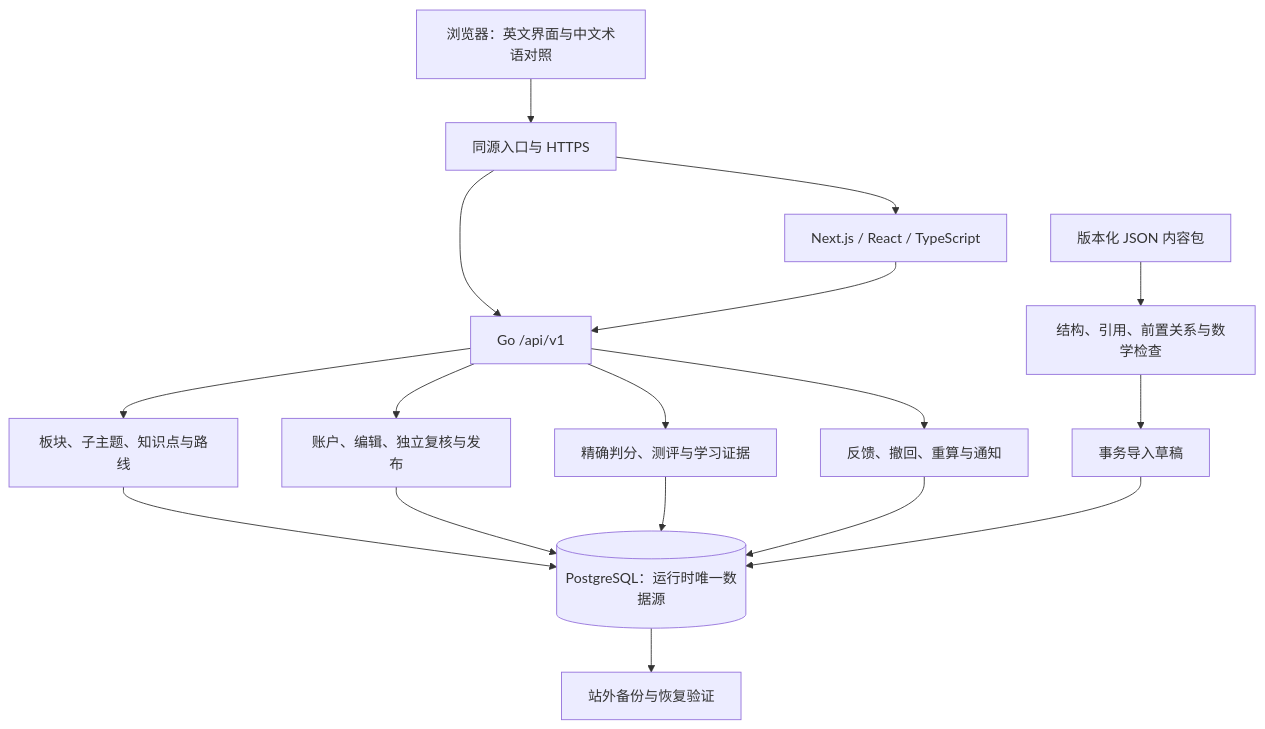
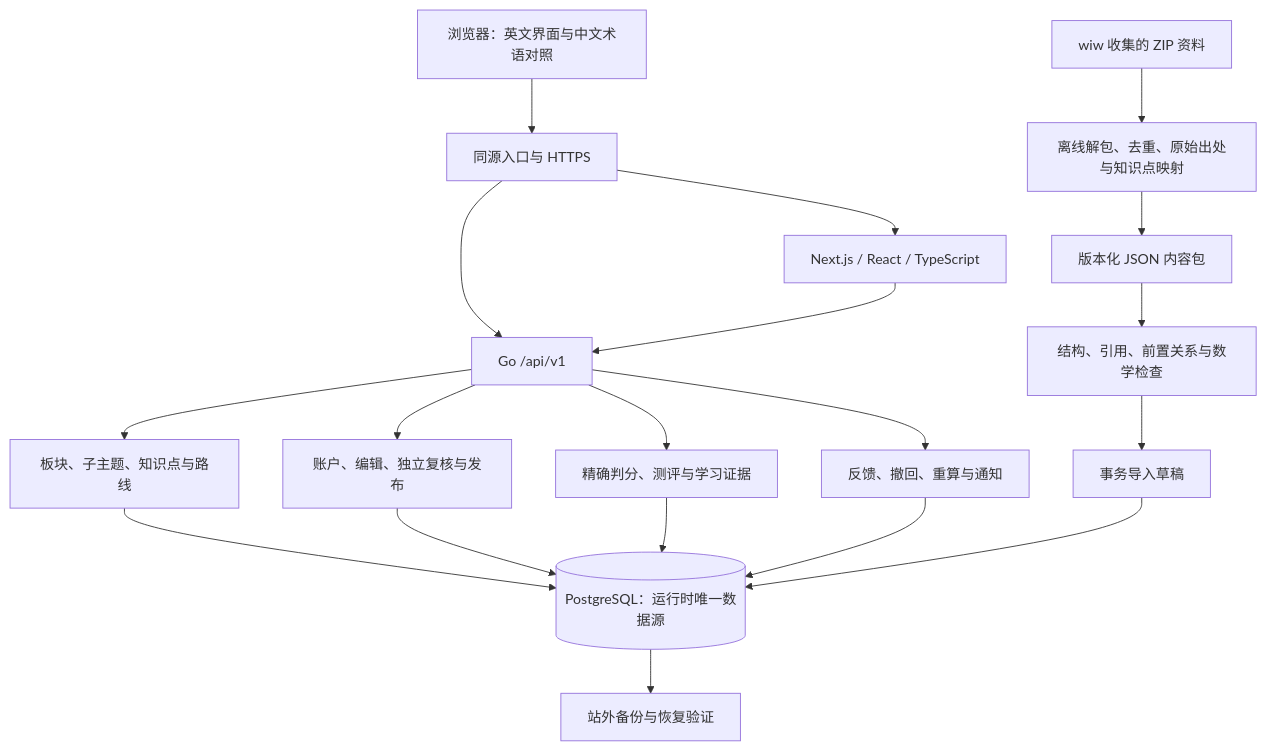
The diagram in docs/superpowers/plans/2026-09-30-development-roadmap.md (yyl1212/math_master), drawn with Mermaid before and after one commit. The commit also changed other lines of this file and 4 other files, not shown here.

````diff
--- a/docs/superpowers/plans/2026-09-30-development-roadmap.md
+++ b/docs/superpowers/plans/2026-09-30-development-roadmap.md
@@ -31,19 +31,21 @@
 ```mermaid
 flowchart TD
     Browser[浏览器：英文界面与中文术语对照] --> Entry[同源入口与 HTTPS]
     Entry --> Web[Next.js / React / TypeScript]
     Entry --> Go[Go /api/v1]
     Web --> Go
     Go --> Catalogue[板块、子主题、知识点与路线]
     Go --> Review[账户、编辑、独立复核与发布]
     Go --> Assessment[精确判分、测评与学习证据]
     Go --> Correction[反馈、撤回、重算与通知]
     Catalogue --> DB[(PostgreSQL：运行时唯一数据源)]
     Review --> DB
     Assessment --> DB
     Correction --> DB
     Packages[版本化 JSON 内容包] --> Validator[结构、引用、前置关系与数学检查]
+    Archives[wiw 收集的 ZIP 资料] --> Source[离线解包、去重、原始出处与知识点映射]
+    Source --> Packages
     Validator --> Draft[事务导入草稿]
     Draft --> DB
     DB --> Backup[站外备份与恢复验证]
 ```
````
